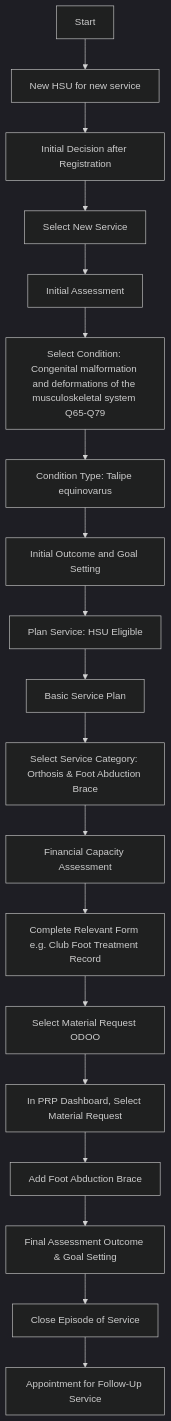
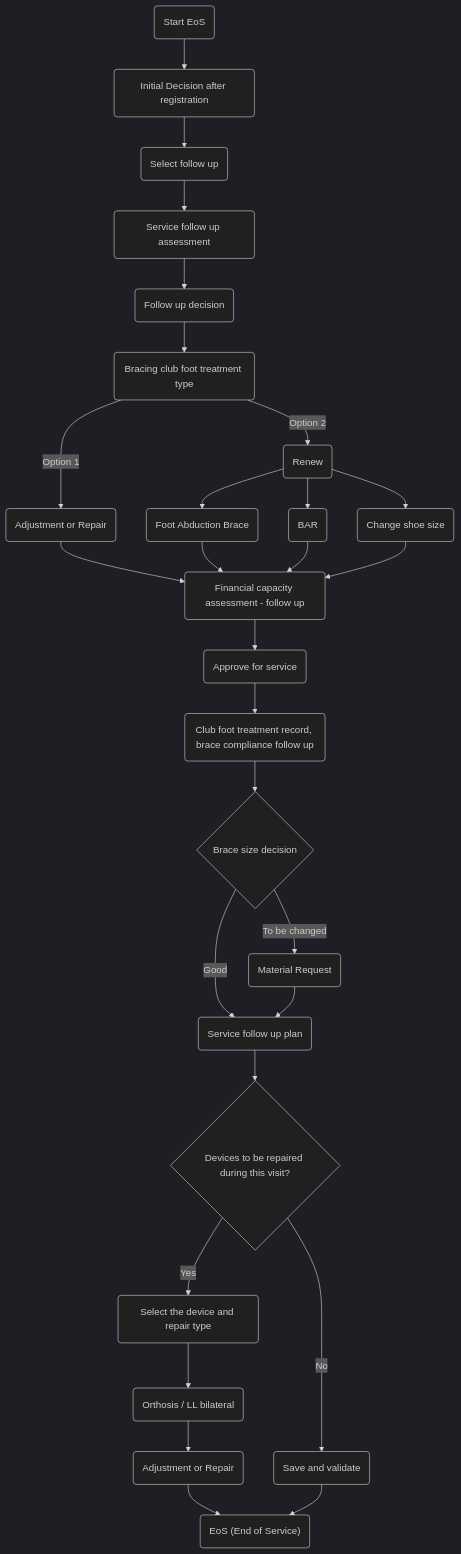
The second of 2 diagrams in digital-center-management-system-v2/openmrs/dcms-openmrs/hsu-journey-and-workflows/workflow-for-club-foot-treatment.md (icrc/digitalhealth-docs), drawn with Mermaid (dark theme) before and after one commit. The commit also changed other lines of this file and 1 other file, not shown here.

````diff
--- a/digital-center-management-system-v2/openmrs/dcms-openmrs/hsu-journey-and-workflows/workflow-for-club-foot-treatment.md
+++ b/digital-center-management-system-v2/openmrs/dcms-openmrs/hsu-journey-and-workflows/workflow-for-club-foot-treatment.md
@@ -169,24 +139,28 @@
 ```mermaid
 flowchart TD
-
-   A[Start] --> B[New HSU for new service]
-   B --> C[Initial Decision after Registration]
-   C --> D[Select New Service]
-   D --> E[Initial Assessment]
-   E --> F[Select Condition: Congenital malformation and deformations of the musculoskeletal system Q65-Q79]
-   F --> G[Condition Type: Talipe equinovarus]
-   G --> H[Initial Outcome and Goal Setting]
-   H --> I[Plan Service: HSU Eligible]
-   I --> J[Basic Service Plan]
-   J --> K[Select Service Category: Orthosis & Foot Abduction Brace]
-   K --> L[Financial Capacity Assessment]
-   L --> M[Complete Relevant Form e.g. Club Foot Treatment Record]
-   M --> N[Select Material Request ODOO]
-   N --> O[In PRP Dashboard, Select Material Request]
-   O --> P[Add Foot Abduction Brace]
-   P --> Q[Final Assessment Outcome & Goal Setting]
-   Q --> R[Close Episode of Service]
-   R --> S[Appointment for Follow-Up Service]
-  
-
+    A("Start EoS") --> B("Initial Decision after registration")
+    B --> C("Select follow up")
+    C --> D("Service follow up assessment")
+    D --> E("Follow up decision")
+    E --> F("Bracing club foot treatment type")
+    F -- Option 1 --> H1("Adjustment or Repair")
+    F -- Option 2 --> H2("Renew")
+    H2 --> J("BAR") & L("Change shoe size") & M("Foot Abduction Brace")
+    H1 --> N("Financial capacity assessment - follow up")
+    M --> N
+    N --> O("Approve for service")
+    O --> P("Club foot treatment record, brace compliance follow up")
+    P --> Q{"Brace size decision"}
+    Q -- Good --> R("Service follow up plan")
+    Q -- To be changed --> S("Material Request")
+    S --> R
+    R --> T{"Devices to be repaired during this visit?"}
+    T -- No --> U("Save and validate")
+    T -- Yes --> V("Select the device and repair type")
+    V --> W("Orthosis / LL bilateral")
+    W --> X("Adjustment or Repair")
+    X --> Y("EoS (End of Service)")
+    U --> Y
+    J --> N
+    L --> N
 ```
````
